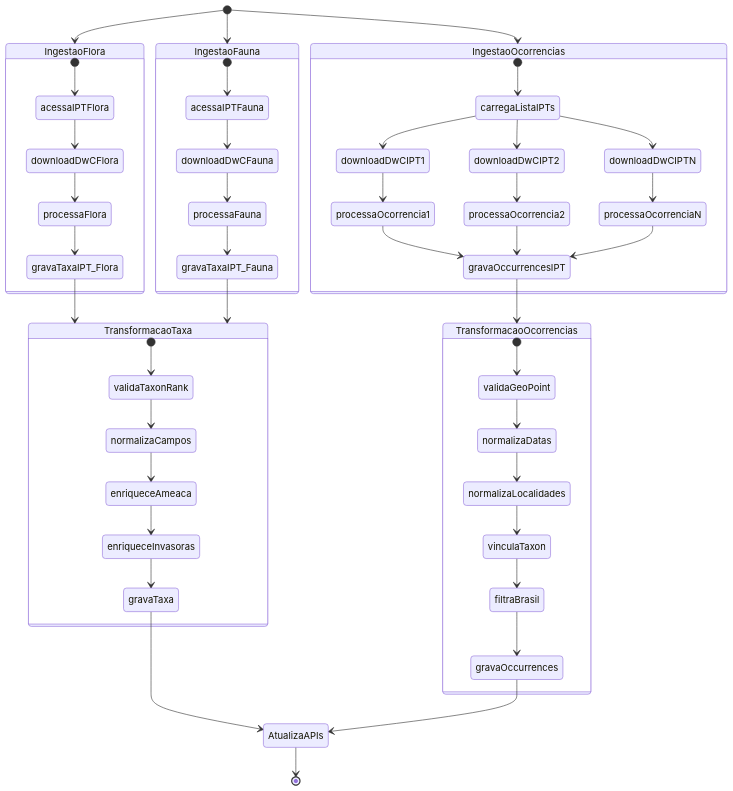
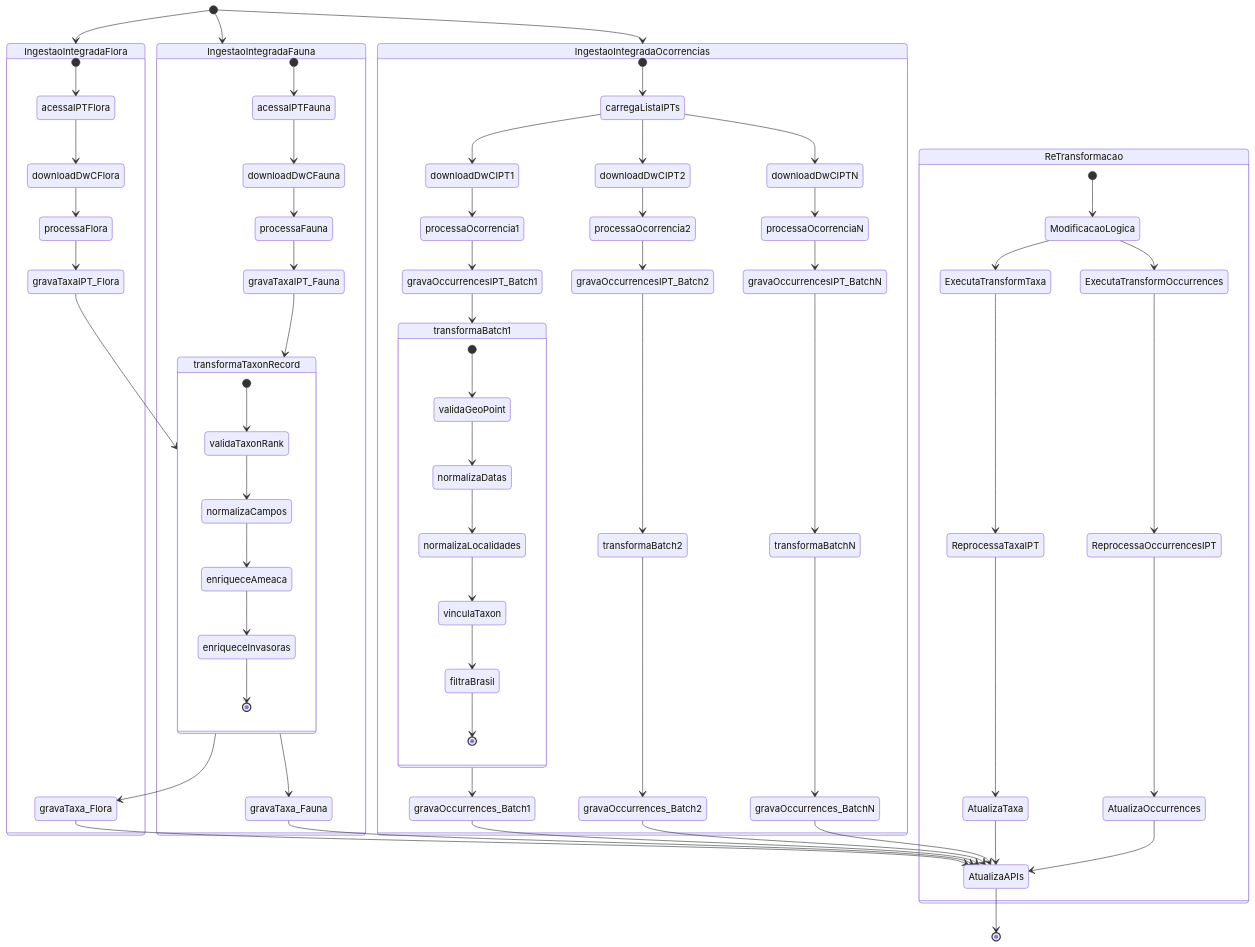
One commit to biopinda/Biodiversidade-Online changed the diagram in docs/atualizacao.md. Above: the diagram before and after it, drawn with Mermaid. The commit also changed other lines of this file and 38 other files, not shown here.

````diff
--- a/docs/atualizacao.md
+++ b/docs/atualizacao.md
@@ -36,58 +81,79 @@
 ```mermaid
 stateDiagram-v2
-    [*] --> IngestaoFlora
-    [*] --> IngestaoFauna
-    [*] --> IngestaoOcorrencias
+    [*] --> IngestaoIntegradaFlora
+    [*] --> IngestaoIntegradaFauna
+    [*] --> IngestaoIntegradaOcorrencias
 
-    state IngestaoFlora {
+    state IngestaoIntegradaFlora {
         [*] --> acessaIPTFlora
         acessaIPTFlora --> downloadDwCFlora
         downloadDwCFlora --> processaFlora
         processaFlora --> gravaTaxaIPT_Flora
+        gravaTaxaIPT_Flora --> transformaTaxonRecord
+        transformaTaxonRecord --> gravaTaxa_Flora
     }
 
-    state IngestaoFauna {
+    state IngestaoIntegradaFauna {
         [*] --> acessaIPTFauna
         acessaIPTFauna --> downloadDwCFauna
         downloadDwCFauna --> processaFauna
         processaFauna --> gravaTaxaIPT_Fauna
+        gravaTaxaIPT_Fauna --> transformaTaxonRecord
+        transformaTaxonRecord --> gravaTaxa_Fauna
     }
 
-    state IngestaoOcorrencias {
+    state IngestaoIntegradaOcorrencias {
         [*] --> carregaListaIPTs
         carregaListaIPTs --> downloadDwCIPT1
         carregaListaIPTs --> downloadDwCIPT2
         carregaListaIPTs --> downloadDwCIPTN
         downloadDwCIPT1 --> processaOcorrencia1
         downloadDwCIPT2 --> processaOcorrencia2
         downloadDwCIPTN --> processaOcorrenciaN
-        processaOcorrencia1 --> gravaOccurrencesIPT
-        processaOcorrencia2 --> gravaOccurrencesIPT
-        processaOcorrenciaN --> gravaOccurrencesIPT
+        processaOcorrencia1 --> gravaOccurrencesIPT_Batch1
+        processaOcorrencia2 --> gravaOccurrencesIPT_Batch2
+        processaOcorrenciaN --> gravaOccurrencesIPT_BatchN
+        gravaOccurrencesIPT_Batch1 --> transformaBatch1
+        gravaOccurrencesIPT_Batch2 --> transformaBatch2
+        gravaOccurrencesIPT_BatchN --> transformaBatchN
+        transformaBatch1 --> gravaOccurrences_Batch1
+        transformaBatch2 --> gravaOccurrences_Batch2
+        transformaBatchN --> gravaOccurrences_BatchN
     }
 
-    gravaTaxaIPT_Flora --> TransformacaoTaxa
-    gravaTaxaIPT_Fauna --> TransformacaoTaxa
-    gravaOccurrencesIPT --> TransformacaoOcorrencias
-
-    state TransformacaoTaxa {
+    state transformaTaxonRecord {
         [*] --> validaTaxonRank
         validaTaxonRank --> normalizaCampos
         normalizaCampos --> enriqueceAmeaca
         enriqueceAmeaca --> enriqueceInvasoras
-        enriqueceInvasoras --> gravaTaxa
+        enriqueceInvasoras --> [*]
     }
 
-    state TransformacaoOcorrencias {
+    state transformaBatch1 {
         [*] --> validaGeoPoint
         validaGeoPoint --> normalizaDatas
         normalizaDatas --> normalizaLocalidades
         normalizaLocalidades --> vinculaTaxon
         vinculaTaxon --> filtraBrasil
-        filtraBrasil --> gravaOccurrences
+        filtraBrasil --> [*]
     }
 
-    gravaTaxa --> AtualizaAPIs
-    gravaOccurrences --> AtualizaAPIs
+    gravaTaxa_Flora --> AtualizaAPIs
+    gravaTaxa_Fauna --> AtualizaAPIs
+    gravaOccurrences_Batch1 --> AtualizaAPIs
+    gravaOccurrences_Batch2 --> AtualizaAPIs
+    gravaOccurrences_BatchN --> AtualizaAPIs
     AtualizaAPIs --> [*]
+
+    state ReTransformacao {
+        [*] --> ModificacaoLogica
+        ModificacaoLogica --> ExecutaTransformTaxa
+        ModificacaoLogica --> ExecutaTransformOccurrences
+        ExecutaTransformTaxa --> ReprocessaTaxaIPT
+        ExecutaTransformOccurrences --> ReprocessaOccurrencesIPT
+        ReprocessaTaxaIPT --> AtualizaTaxa
+        ReprocessaOccurrencesIPT --> AtualizaOccurrences
+        AtualizaTaxa --> AtualizaAPIs
+        AtualizaOccurrences --> AtualizaAPIs
+    }
 ```
````
